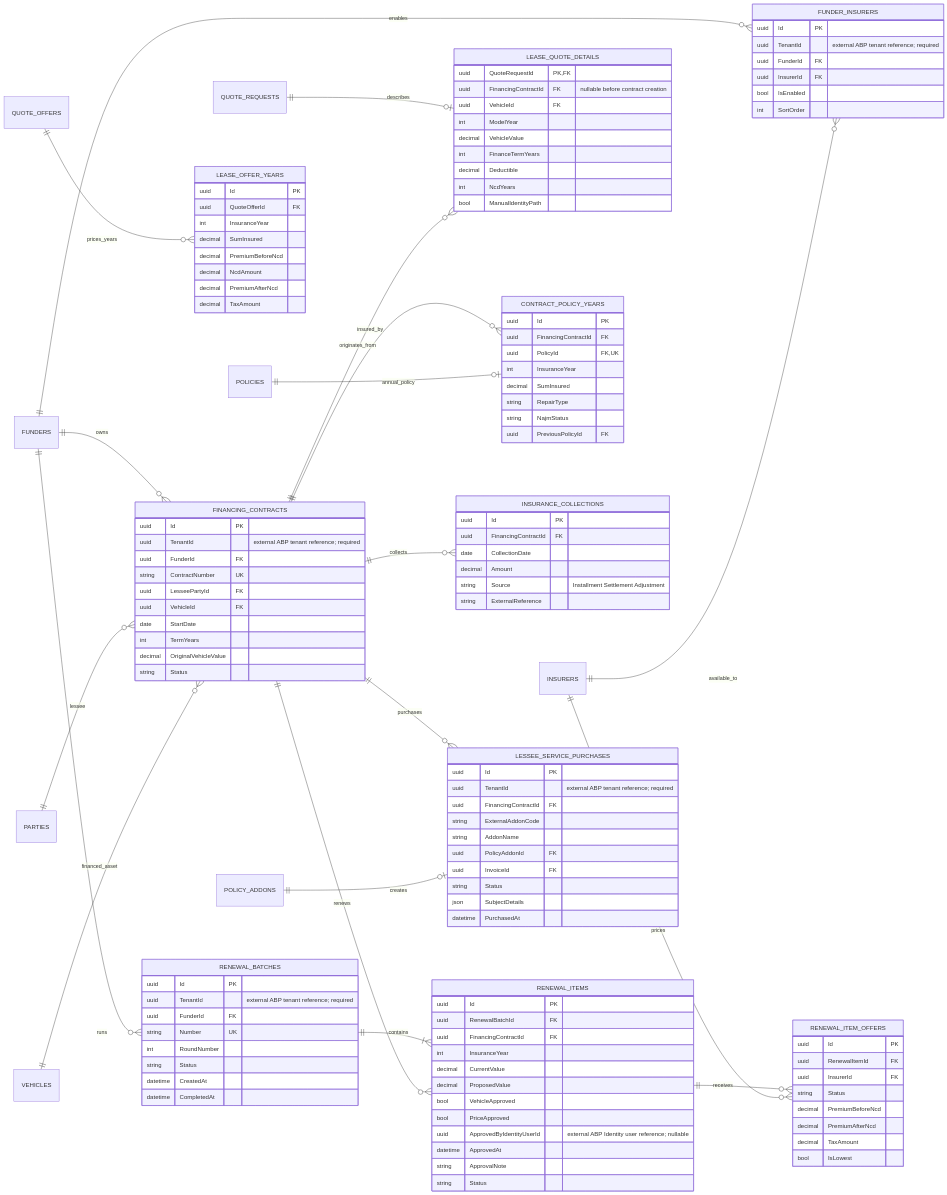
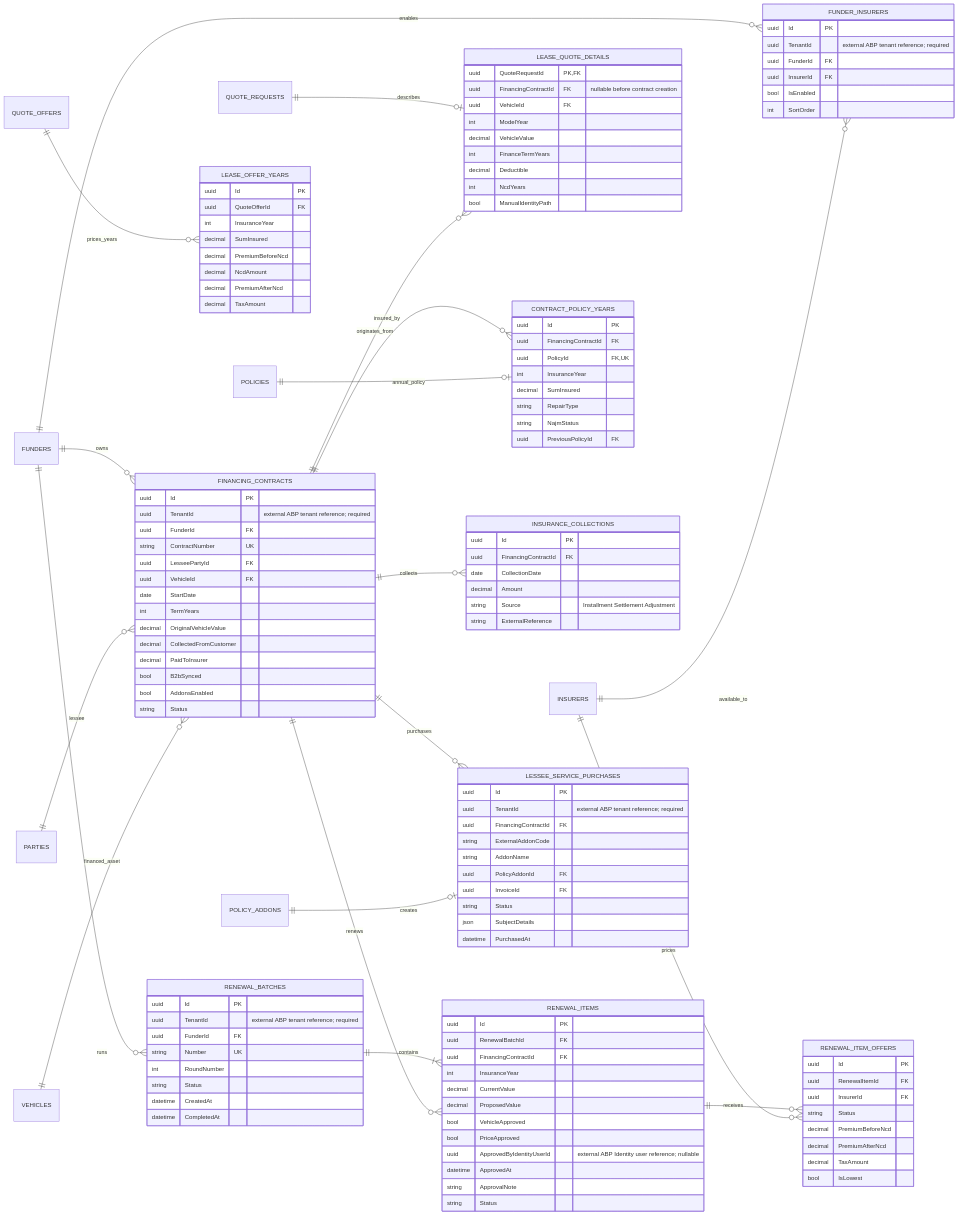
Before and after one commit to mahshokral7osam/Thiqatak_UI: the sixth of 7 diagrams in docs/Thiqatak.Business-ERD.md, drawn with Mermaid. The commit also changed other lines of this file and 5 other files, not shown here.

Commit message:
feat(erd): integrate Elm/NIC catalogs, ZATCA e-invoicing, business audit logs, and government integration fields

```diff
--- a/docs/Thiqatak.Business-ERD.md
+++ b/docs/Thiqatak.Business-ERD.md
@@ -578,6 +620,10 @@
         date StartDate
         int TermYears
         decimal OriginalVehicleValue
+        decimal CollectedFromCustomer
+        decimal PaidToInsurer
+        bool B2bSynced
+        bool AddonsEnabled
         string Status
     }
     LEASE_QUOTE_DETAILS {
```
